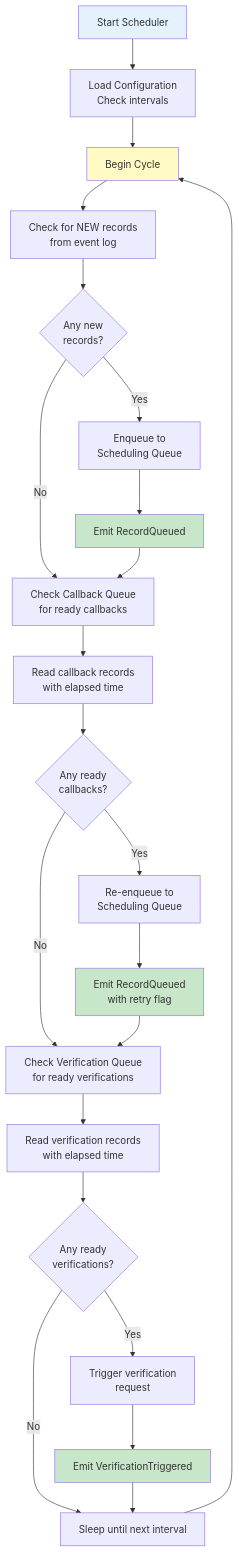
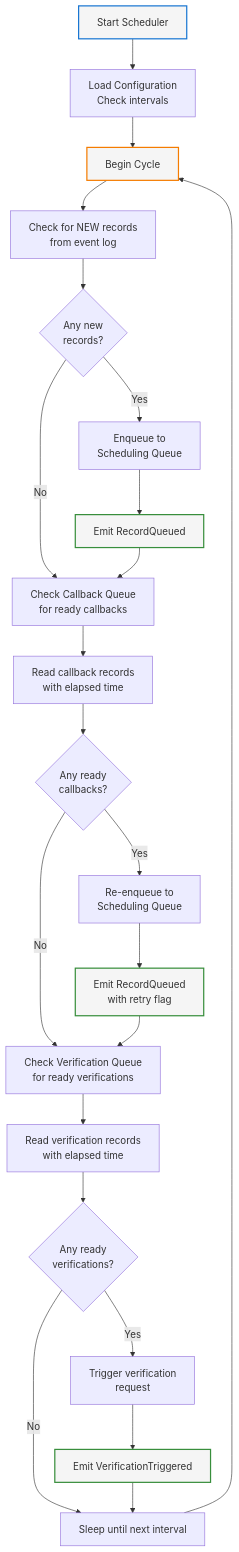
One commit to Org-for-Folio-AI/FolioAISpecs changed the diagram in design/components/01-Scheduler.md. Above: the diagram before and after it, drawn with Mermaid. The commit also changed 11 other files, not shown here.

First line of the commit message:
Update mermaid diagram colors for dark and light mode compatibility

````diff
--- a/design/components/01-Scheduler.md
+++ b/design/components/01-Scheduler.md
@@ -50,36 +50,36 @@
 ```mermaid
 flowchart TD
     Start["Start Scheduler"] --> Config["Load Configuration<br/>Check intervals"]
     Config --> Loop["Begin Cycle"]
 
     Loop --> ReadNew["Check for NEW records<br/>from event log"]
     ReadNew --> HasNew{Any new<br/>records?}
     HasNew -->|Yes| Queue["Enqueue to<br/>Scheduling Queue"]
     HasNew -->|No| CheckCallback
 
     Queue --> Emit1["Emit RecordQueued"]
     Emit1 --> CheckCallback["Check Callback Queue<br/>for ready callbacks"]
 
     CheckCallback --> ReadCallback["Read callback records<br/>with elapsed time"]
     ReadCallback --> HasCallback{Any ready<br/>callbacks?}
     HasCallback -->|Yes| RequeueCB["Re-enqueue to<br/>Scheduling Queue"]
     HasCallback -->|No| CheckVerify
 
     RequeueCB --> Emit2["Emit RecordQueued<br/>with retry flag"]
     Emit2 --> CheckVerify["Check Verification Queue<br/>for ready verifications"]
 
     CheckVerify --> ReadVerify["Read verification records<br/>with elapsed time"]
     ReadVerify --> HasVerify{Any ready<br/>verifications?}
     HasVerify -->|Yes| TriggerVerify["Trigger verification<br/>request"]
     HasVerify -->|No| Sleep
 
     TriggerVerify --> Emit3["Emit VerificationTriggered"]
     Emit3 --> Sleep["Sleep until next interval"]
     Sleep --> Loop
 
-    style Start fill:#e3f2fd
-    style Loop fill:#fff9c4
-    style Emit1 fill:#c8e6c9
-    style Emit2 fill:#c8e6c9
-    style Emit3 fill:#c8e6c9
+    style Start stroke:#1976d2,fill:#f5f5f5,stroke-width:2px
+    style Loop stroke:#f57c00,fill:#f5f5f5,stroke-width:2px
+    style Emit1 stroke:#388e3c,fill:#f5f5f5,stroke-width:2px
+    style Emit2 stroke:#388e3c,fill:#f5f5f5,stroke-width:2px
+    style Emit3 stroke:#388e3c,fill:#f5f5f5,stroke-width:2px
 ```
````
